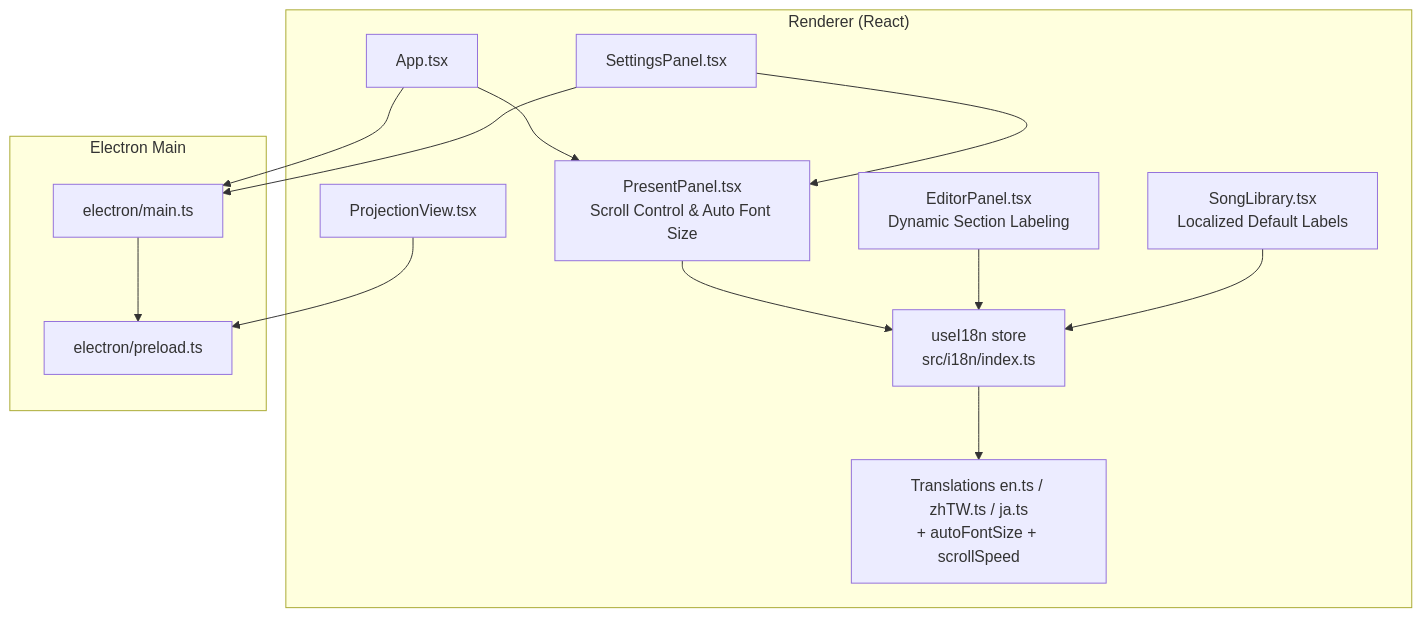
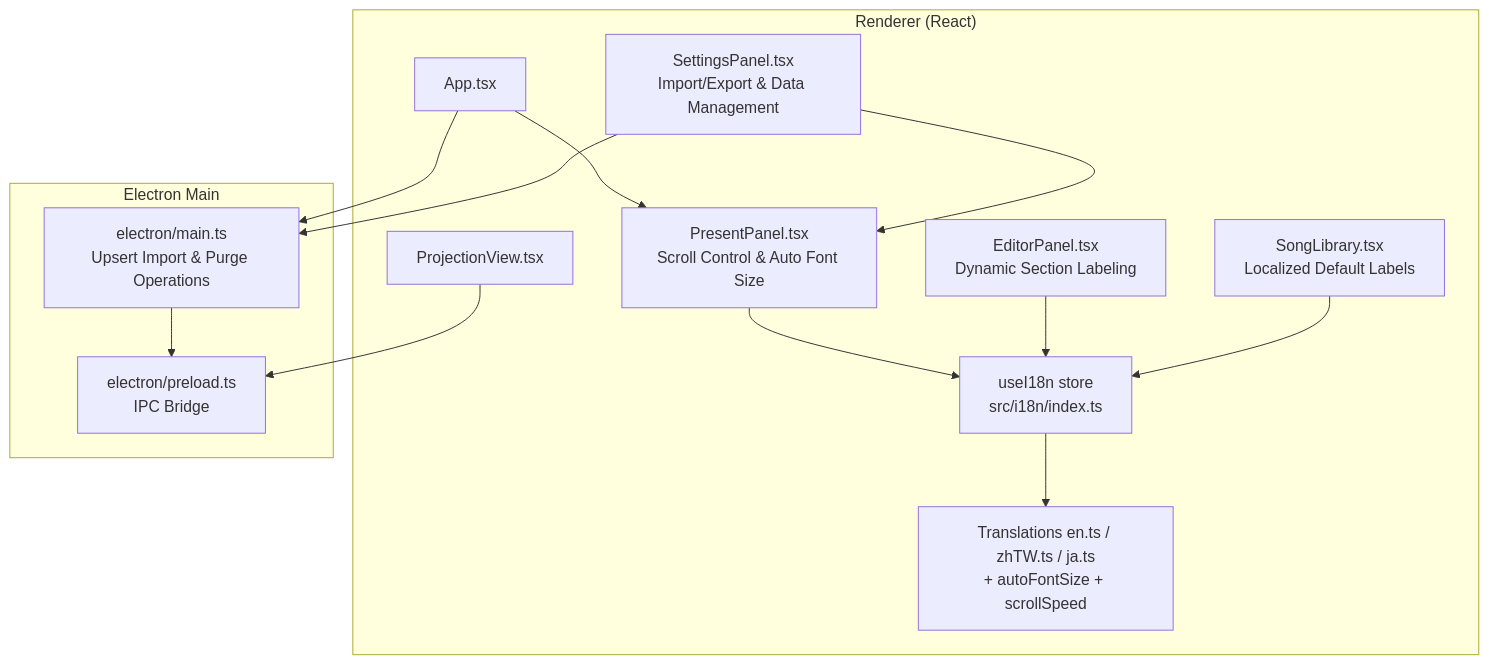
The first of 6 diagrams in .qoder/repowiki/en/content/Internationalization.md (jimmywyk/lyricdeck), drawn with Mermaid before and after one commit. The commit also changed other lines of this file and 9 other files, not shown here.

````diff
--- a/.qoder/repowiki/en/content/Internationalization.md
+++ b/.qoder/repowiki/en/content/Internationalization.md
@@ -56,27 +51,27 @@
 ```mermaid
 graph TB
 subgraph "Renderer (React)"
 A["App.tsx"]
-B["SettingsPanel.tsx"]
+B["SettingsPanel.tsx<br/>Import/Export & Data Management"]
 C["ProjectionView.tsx"]
 D["PresentPanel.tsx<br/>Scroll Control & Auto Font Size"]
 E["useI18n store<br/>src/i18n/index.ts"]
 F["Translations en.ts / zhTW.ts / ja.ts<br/>+ autoFontSize + scrollSpeed"]
 G["EditorPanel.tsx<br/>Dynamic Section Labeling"]
 H["SongLibrary.tsx<br/>Localized Default Labels"]
 end
 subgraph "Electron Main"
-I["electron/main.ts"]
-J["electron/preload.ts"]
+I["electron/main.ts<br/>Upsert Import & Purge Operations"]
+J["electron/preload.ts<br/>IPC Bridge"]
 end
 A --> D
 B --> D
 C --> J
 D --> E
 E --> F
 G --> E
 H --> E
 A --> I
 B --> I
 I --> J
 ```
````
